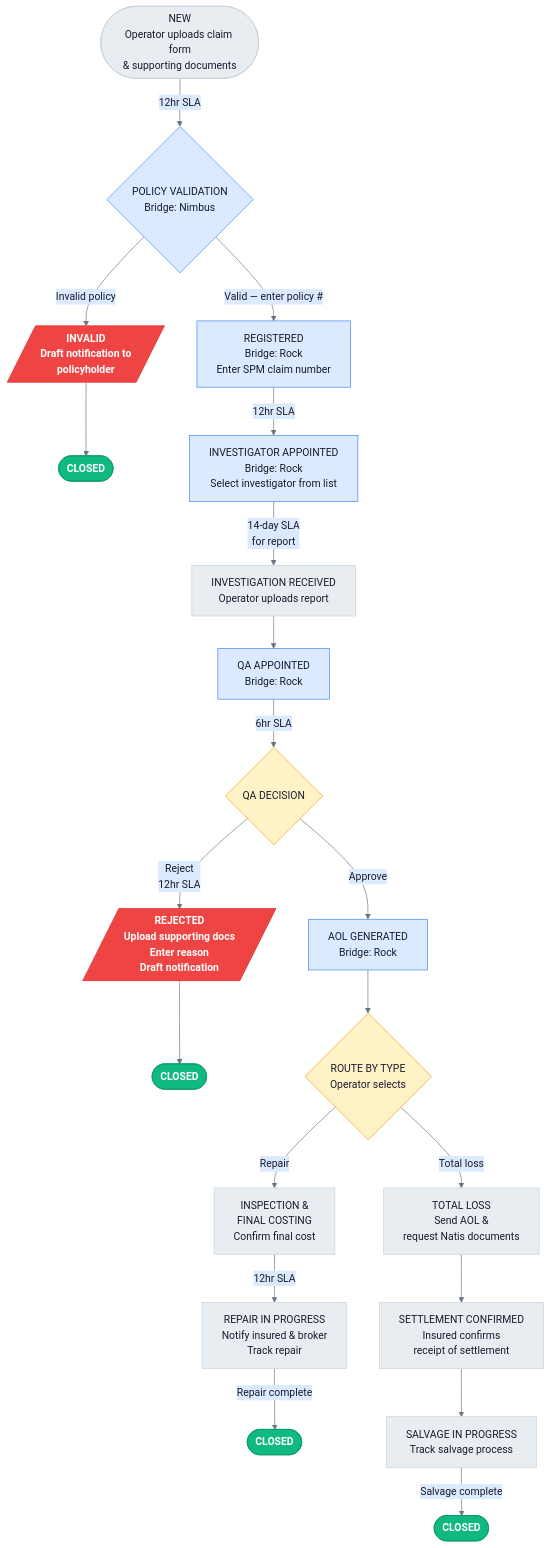
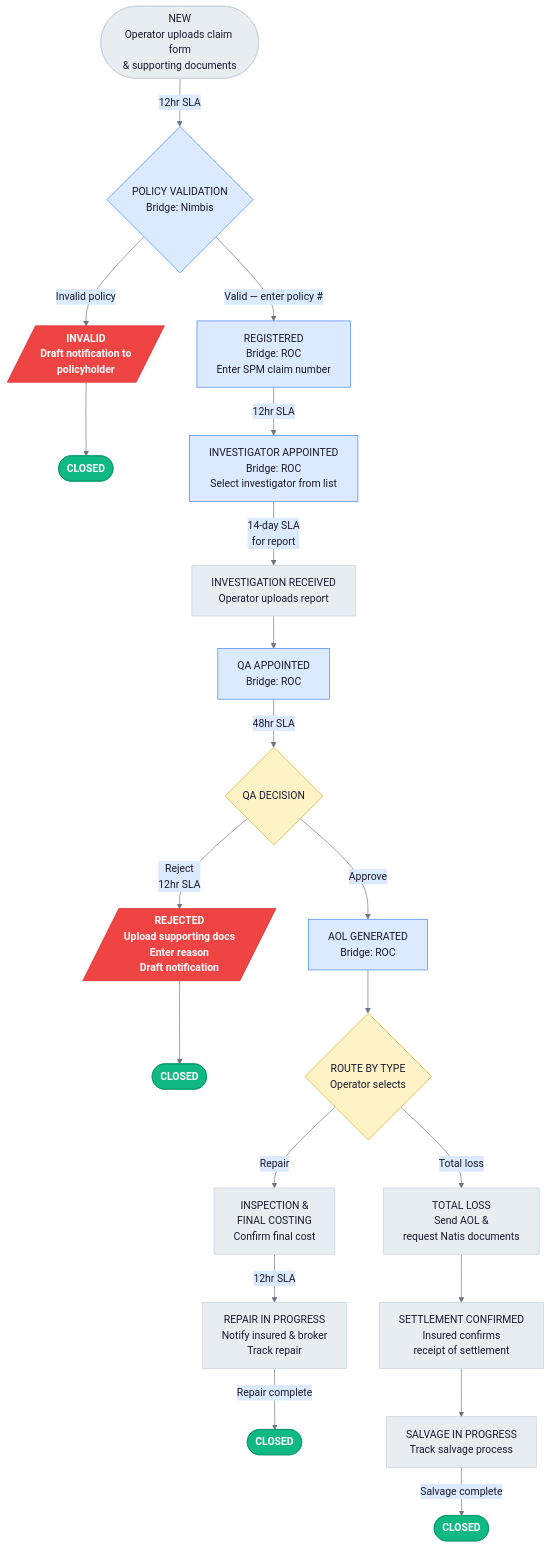
The diagram in docs/diagrams/workflow-theft.mmd (Fr3nn3r/rtu-demo), drawn with Mermaid before and after one commit. The commit also changed 2 other files, not shown here.

Commit message:
docs: update workflow diagrams with corrected naming and SLA timings

```diff
--- a/docs/diagrams/workflow-theft.mmd
+++ b/docs/diagrams/workflow-theft.mmd
@@ -1,79 +1,79 @@
 %%{init: {'theme':'base', 'themeVariables': {
   'primaryColor':'#E8EDF2',
   'primaryTextColor':'#1A1A2E',
   'primaryBorderColor':'#C8D0D8',
   'lineColor':'#6B7280',
   'secondaryColor':'#DBEAFE',
   'tertiaryColor':'#FEF3C7'
 }}}%%
 flowchart TD
     NEW([NEW<br/>Operator uploads claim form<br/>& supporting documents])
     NEW -->|"12hr SLA"| PV
 
-    PV{POLICY VALIDATION<br/>Bridge: Nimbus}
+    PV{POLICY VALIDATION<br/>Bridge: Nimbis}
     PV -->|"Invalid policy"| INVALID
     PV -->|"Valid — enter policy #"| REG
 
     INVALID[/"INVALID<br/>Draft notification to<br/>policyholder"/]
     INVALID --> CLOSED_INV
 
-    REG[REGISTERED<br/>Bridge: Rock<br/>Enter SPM claim number]
+    REG[REGISTERED<br/>Bridge: ROC<br/>Enter SPM claim number]
     REG -->|"12hr SLA"| INVEST_APPT
 
-    INVEST_APPT[INVESTIGATOR APPOINTED<br/>Bridge: Rock<br/>Select investigator from list]
+    INVEST_APPT[INVESTIGATOR APPOINTED<br/>Bridge: ROC<br/>Select investigator from list]
     INVEST_APPT -->|"14-day SLA<br/>for report"| INVEST_RCV
 
     INVEST_RCV[INVESTIGATION RECEIVED<br/>Operator uploads report]
     INVEST_RCV --> QA
 
-    QA[QA APPOINTED<br/>Bridge: Rock]
-    QA -->|"6hr SLA"| QA_DEC
+    QA[QA APPOINTED<br/>Bridge: ROC]
+    QA -->|"48hr SLA"| QA_DEC
 
     QA_DEC{QA DECISION}
     QA_DEC -->|"Approve"| AOL
     QA_DEC -->|"Reject<br/>12hr SLA"| REJ_QA
 
     REJ_QA[/"REJECTED<br/>Upload supporting docs<br/>Enter reason<br/>Draft notification"/]
     REJ_QA --> CLOSED_REJ
 
-    AOL[AOL GENERATED<br/>Bridge: Rock]
+    AOL[AOL GENERATED<br/>Bridge: ROC]
     AOL --> ROUTE_TYPE
 
     ROUTE_TYPE{ROUTE BY TYPE<br/>Operator selects}
 
     ROUTE_TYPE -->|"Repair"| INSPECT
     ROUTE_TYPE -->|"Total loss"| TOTAL_LOSS
 
     INSPECT[INSPECTION &<br/>FINAL COSTING<br/>Confirm final cost]
     INSPECT -->|"12hr SLA"| REPAIR
 
     REPAIR[REPAIR IN PROGRESS<br/>Notify insured & broker<br/>Track repair]
     REPAIR -->|"Repair complete"| CLOSED_REPAIR
 
     TOTAL_LOSS[TOTAL LOSS<br/>Send AOL &<br/>request Natis documents]
     TOTAL_LOSS --> SETTLE
 
     SETTLE[SETTLEMENT CONFIRMED<br/>Insured confirms<br/>receipt of settlement]
     SETTLE --> SALVAGE
 
     SALVAGE[SALVAGE IN PROGRESS<br/>Track salvage process]
     SALVAGE -->|"Salvage complete"| CLOSED_SALVAGE
 
     %% Terminal states
     CLOSED_INV([CLOSED])
     CLOSED_REJ([CLOSED])
     CLOSED_REPAIR([CLOSED])
     CLOSED_SALVAGE([CLOSED])
 
     %% Styling
     classDef closedState fill:#10B981,stroke:#059669,color:#fff,font-weight:bold
     classDef invalidState fill:#EF4444,stroke:#DC2626,color:#fff,font-weight:bold
     classDef bridgeStep fill:#DBEAFE,stroke:#3B82F6,color:#1A1A2E
     classDef decisionNode fill:#FEF3C7,stroke:#F59E0B,color:#1A1A2E
     classDef draftStep fill:#FDE8E8,stroke:#EF4444,color:#1A1A2E
 
     class CLOSED_INV,CLOSED_REPAIR,CLOSED_SALVAGE closedState
     class CLOSED_REJ closedState
     class INVALID,REJ_QA invalidState
     class PV,REG,INVEST_APPT,QA,AOL bridgeStep
     class QA_DEC,ROUTE_TYPE decisionNode
```
